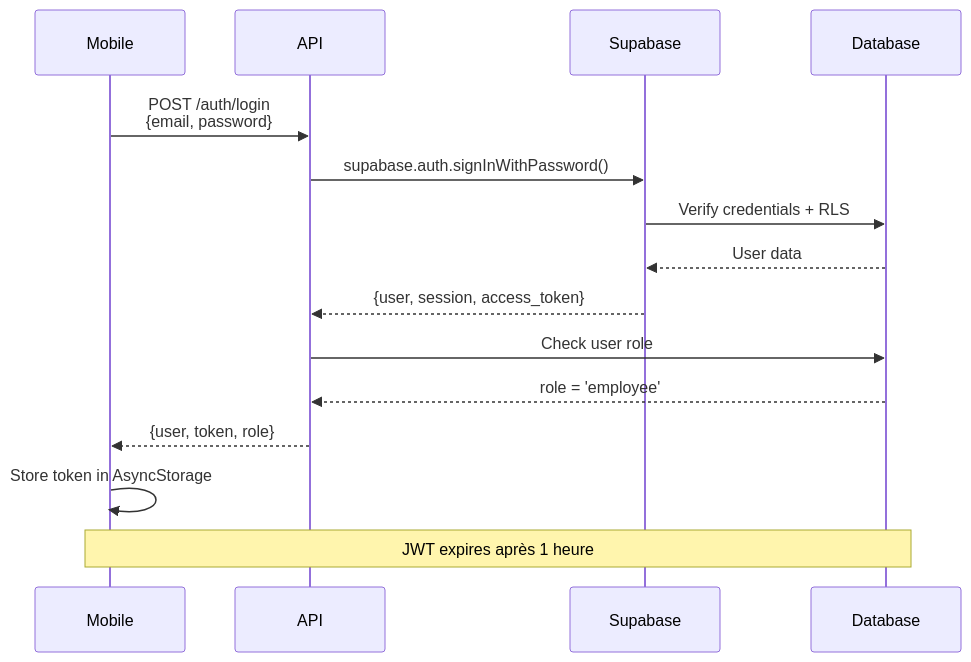
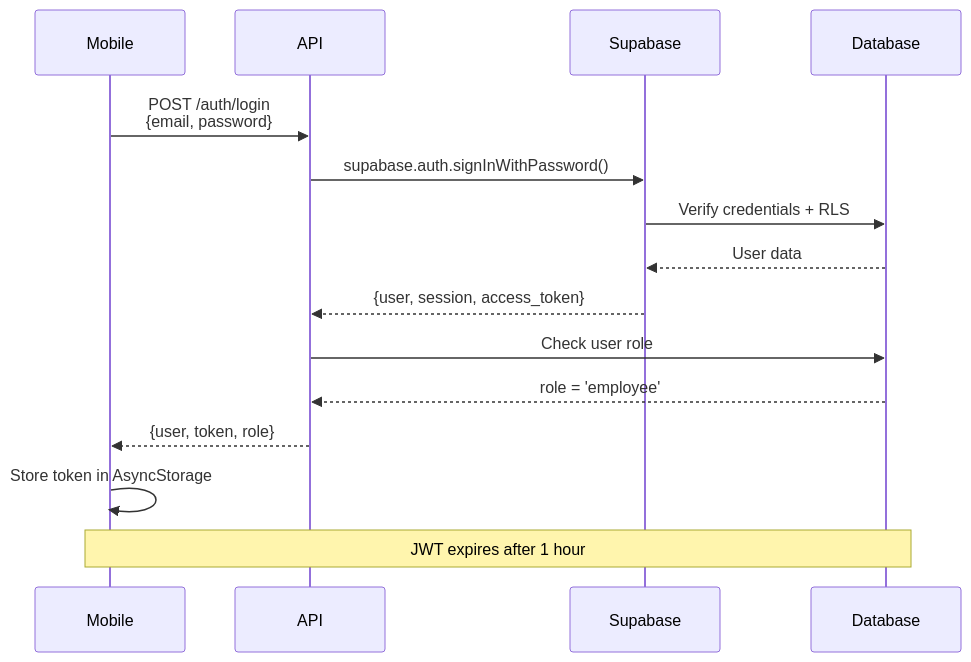
One commit to shiftexpress01/public changed the third of 14 diagrams in OVERVIEW.md. Above: the diagram before and after it, drawn with Mermaid. The commit also changed other lines of this file, not shown here.

````diff
--- a/OVERVIEW.md
+++ b/OVERVIEW.md
@@ -295,19 +295,19 @@
 ```mermaid
 sequenceDiagram
     participant Mobile
     participant API
     participant Supabase
     participant Database
 
     Mobile->>API: POST /auth/login<br/>{email, password}
     API->>Supabase: supabase.auth.signInWithPassword()
     Supabase->>Database: Verify credentials + RLS
     Database-->>Supabase: User data
     Supabase-->>API: {user, session, access_token}
     API->>Database: Check user role
     Database-->>API: role = 'employee'
     API-->>Mobile: {user, token, role}
     Mobile->>Mobile: Store token in AsyncStorage
 
-    Note over Mobile,Database: JWT expires après 1 heure
+    Note over Mobile,Database: JWT expires after 1 hour
 ```
````
